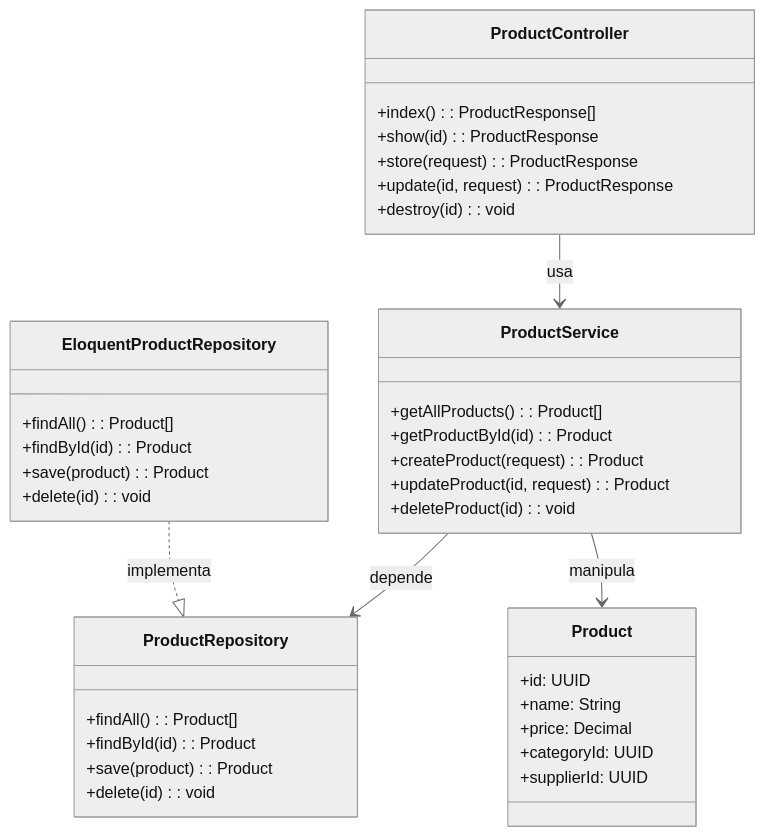
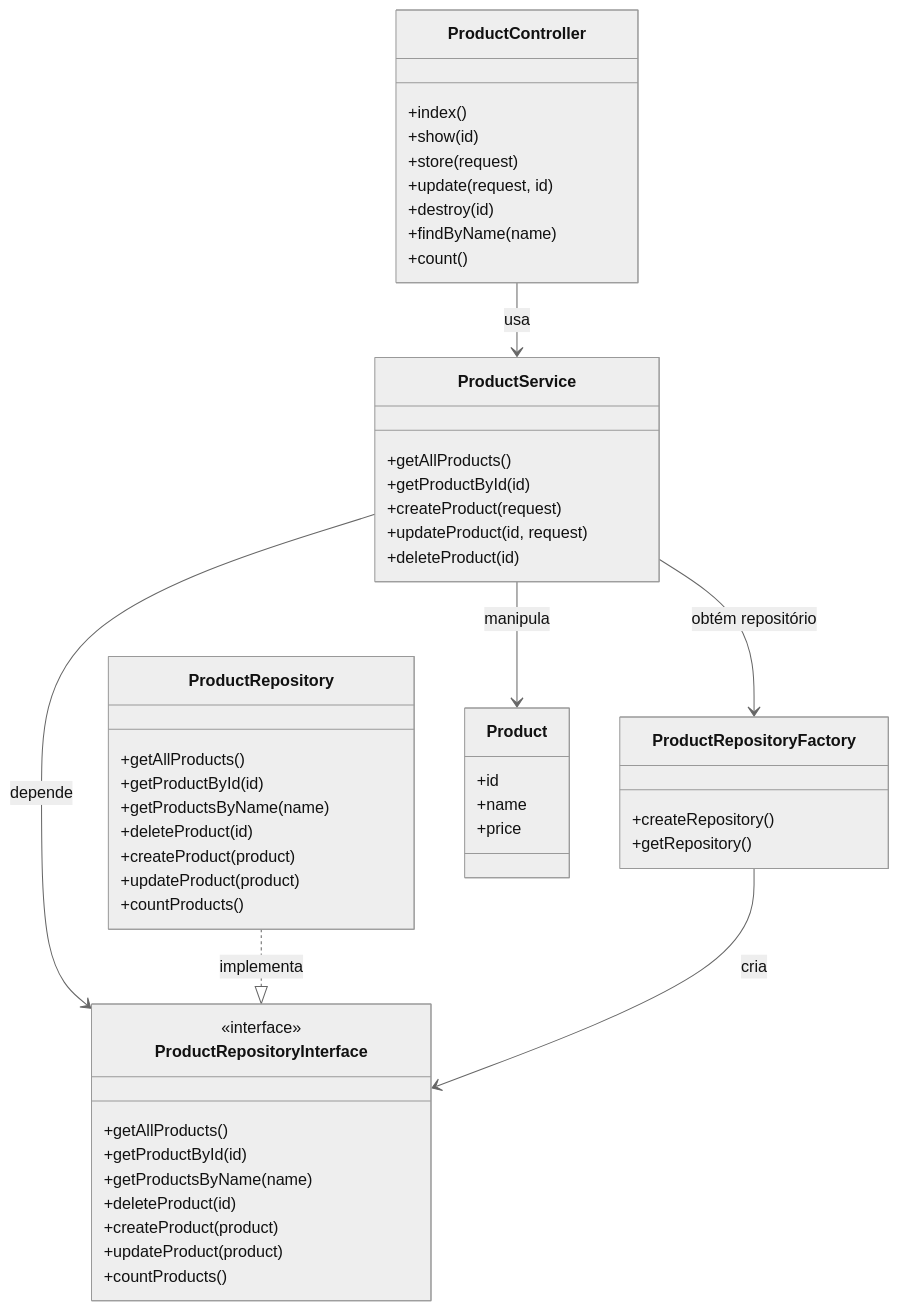
The diagram in README.md (nandokruger/product-api), drawn with Mermaid (neutral theme) before and after one commit.

````diff
--- a/README.md
+++ b/README.md
@@ -96,53 +96,60 @@
 ```mermaid
 classDiagram
-    %% Controlador
     class ProductController {
-        +index(): ProductResponse[]
-        +show(id): ProductResponse
-        +store(request): ProductResponse
-        +update(id, request): ProductResponse
-        +destroy(id): void
+        +index()
+        +show(id)
+        +store(request)
+        +update(request, id)
+        +destroy(id)
+        +findByName(name)
+        +count()
     }
-
-    %% Serviço
+    
     class ProductService {
-        +getAllProducts(): Product[]
-        +getProductById(id): Product
-        +createProduct(request): Product
-        +updateProduct(id, request): Product
-        +deleteProduct(id): void
+        +getAllProducts()
+        +getProductById(id)
+        +createProduct(request)
+        +updateProduct(id, request)
+        +deleteProduct(id)
     }
-
-    %% Repositório (Interface)
+    
+    class ProductRepositoryInterface {
+        <<interface>>
+        +getAllProducts()
+        +getProductById(id)
+        +getProductsByName(name)
+        +deleteProduct(id)
+        +createProduct(product)
+        +updateProduct(product)
+        +countProducts()
+    }
+    
     class ProductRepository {
-        +findAll(): Product[]
-        +findById(id): Product
-        +save(product): Product
-        +delete(id): void
+        +getAllProducts()
+        +getProductById(id)
+        +getProductsByName(name)
+        +deleteProduct(id)
+        +createProduct(product)
+        +updateProduct(product)
+        +countProducts()
     }
-
-    %% Repositório Eloquent (Implementação)
-    class EloquentProductRepository {
-        +findAll(): Product[]
-        +findById(id): Product
-        +save(product): Product
-        +delete(id): void
+    
+    class ProductRepositoryFactory {
+        +createRepository()
+        +getRepository()
     }
-
-    %% Entidade
+    
     class Product {
-        +id: UUID
-        +name: String
-        +price: Decimal
-        +categoryId: UUID
-        +supplierId: UUID
+        +id
+        +name
+        +price
     }
-
-    %% Relacionamentos
+    
     ProductController --> ProductService : usa
-    ProductService --> ProductRepository : depende
-    EloquentProductRepository ..|> ProductRepository : implementa
+    ProductService --> ProductRepositoryInterface : depende
     ProductService --> Product : manipula
-
+    ProductRepository ..|> ProductRepositoryInterface : implementa
+    ProductRepositoryFactory --> ProductRepositoryInterface : cria
+    ProductService --> ProductRepositoryFactory : obtém repositório
 
 ```
````
